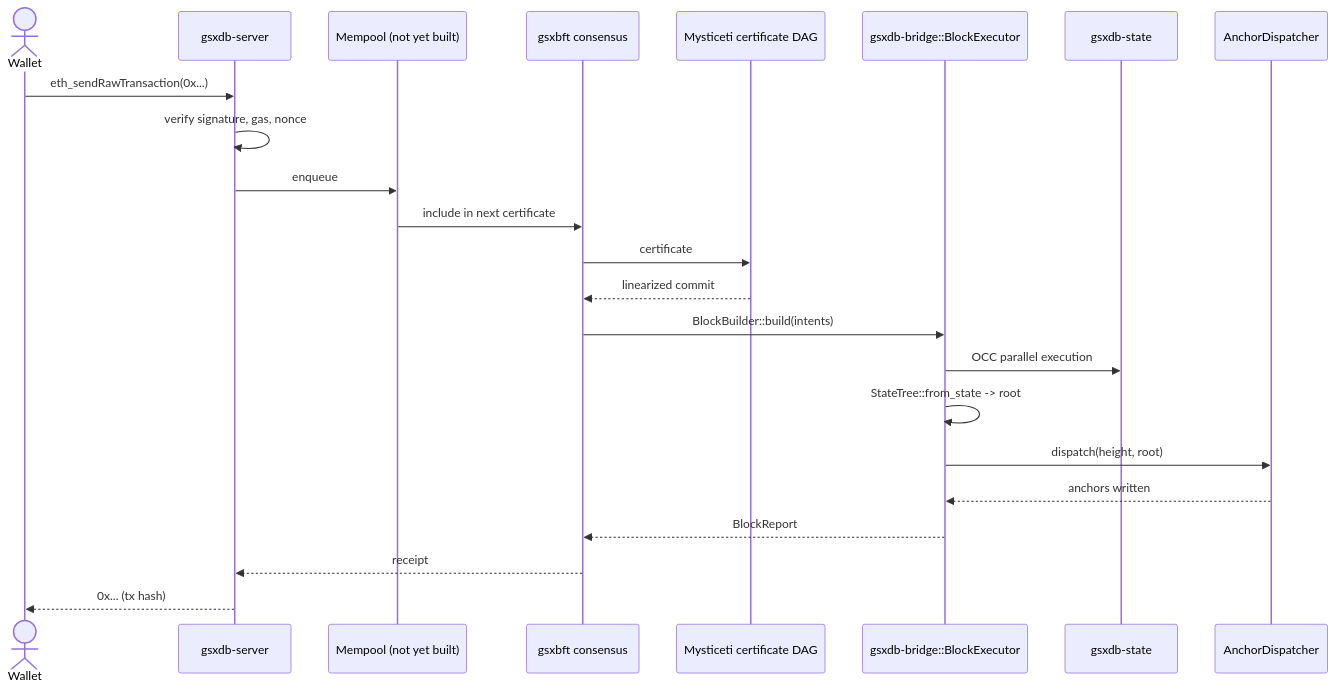
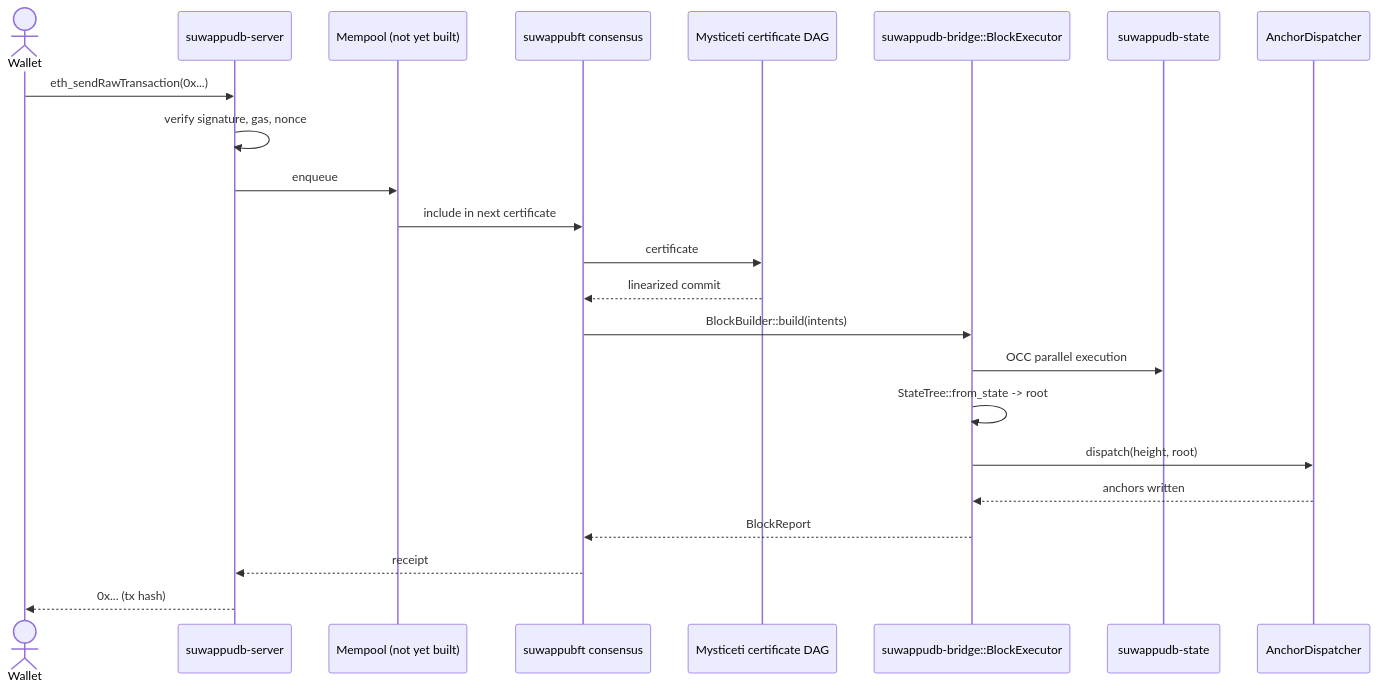
Before and after one commit to Suwappu-Labs/suwappu-db: the fourth of 5 diagrams in docs/architecture/request-lifecycle.md, drawn with Mermaid. The commit also changed other lines of this file and 232 other files, not shown here.

````diff
--- a/docs/architecture/request-lifecycle.md
+++ b/docs/architecture/request-lifecycle.md
@@ -79,26 +79,26 @@
 ```mermaid
 sequenceDiagram
     actor Wallet
-    participant RPC as gsxdb-server
+    participant RPC as suwappudb-server
     participant Mempool as Mempool (not yet built)
-    participant Consensus as gsxbft consensus
+    participant Consensus as suwappubft consensus
     participant DAG as Mysticeti certificate DAG
-    participant Exec as gsxdb-bridge::BlockExecutor
-    participant State as gsxdb-state
+    participant Exec as suwappudb-bridge::BlockExecutor
+    participant State as suwappudb-state
     participant Anchor as AnchorDispatcher
 
     Wallet->>RPC: eth_sendRawTransaction(0x...)
     RPC->>RPC: verify signature, gas, nonce
     RPC->>Mempool: enqueue
     Mempool->>Consensus: include in next certificate
     Consensus->>DAG: certificate
     DAG-->>Consensus: linearized commit
     Consensus->>Exec: BlockBuilder::build(intents)
     Exec->>State: OCC parallel execution
     Exec->>Exec: StateTree::from_state -> root
     Exec->>Anchor: dispatch(height, root)
     Anchor-->>Exec: anchors written
     Exec-->>Consensus: BlockReport
     Consensus-->>RPC: receipt
     RPC-->>Wallet: 0x... (tx hash)
 ```
````
